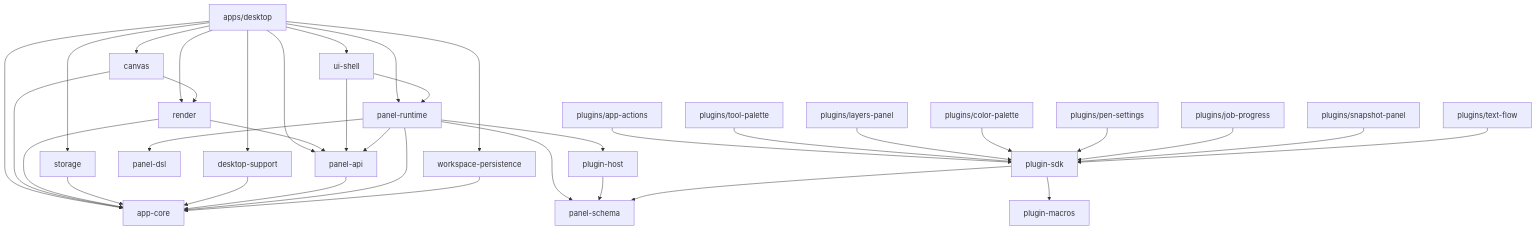
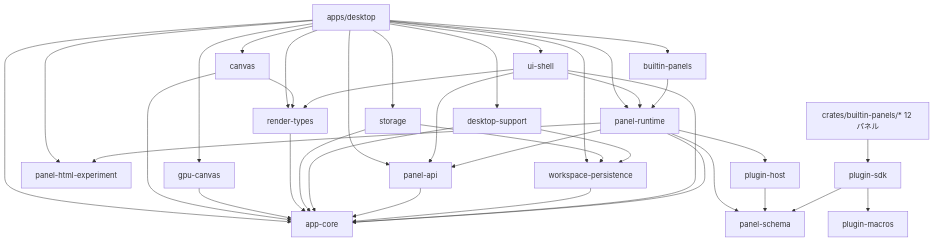
Before and after one commit to gitdmnt/altpaint: the first of 2 diagrams in docs/MODULE_DEPENDENCIES.md, drawn with Mermaid. The commit also changed other lines of this file and 20 other files, not shown here.

````diff
--- a/docs/MODULE_DEPENDENCIES.md
+++ b/docs/MODULE_DEPENDENCIES.md
@@ -74,44 +77,45 @@
 ```mermaid
 graph TD
     desktop[apps/desktop] --> appcore[app-core]
-  desktop --> canvas[canvas]
-    desktop --> render[render]
+    desktop --> canvas[canvas]
+    desktop --> gpucanvas[gpu-canvas]
+    desktop --> rendertypes[render-types]
     desktop --> panelruntime[panel-runtime]
+    desktop --> phtml[panel-html-experiment]
     desktop --> uishell[ui-shell]
     desktop --> panelapi[panel-api]
+    desktop --> builtinpanels[builtin-panels]
     desktop --> storage[storage]
     desktop --> dsupport[desktop-support]
     desktop --> wpersist[workspace-persistence]
 
-  canvas --> appcore
-  canvas --> render
-    render --> appcore
-    render --> panelapi
+    canvas --> appcore
+    canvas --> rendertypes
+    gpucanvas --> appcore
+    rendertypes --> appcore
     storage --> appcore
+    storage --> wpersist
     dsupport --> appcore
+    dsupport --> wpersist
     panelapi --> appcore
+    wpersist --> appcore
 
+    uishell --> appcore
     uishell --> panelapi
     uishell --> panelruntime
+    uishell --> rendertypes
 
     panelruntime --> appcore
     panelruntime --> panelapi
-    panelruntime --> pds[panel-dsl]
     panelruntime --> pschema[panel-schema]
     panelruntime --> phost[plugin-host]
+    panelruntime --> phtml
 
-    wpersist[workspace-persistence] --> appcore
+    builtinpanels --> panelruntime
 
     phost --> pschema
     pluginsdk[plugin-sdk] --> pmacros[plugin-macros]
     pluginsdk --> pschema
 
-    appactions[plugins/app-actions] --> pluginsdk
-    toolpalette[plugins/tool-palette] --> pluginsdk
-    layerspanel[plugins/layers-panel] --> pluginsdk
-    colorpalette[plugins/color-palette] --> pluginsdk
-    pensettings[plugins/pen-settings] --> pluginsdk
-    jobprogress[plugins/job-progress] --> pluginsdk
-    snapshotpanel[plugins/snapshot-panel] --> pluginsdk
-    textflow[plugins/text-flow] --> pluginsdk
+    panels[crates/builtin-panels/* 12 パネル] --> pluginsdk
 ```
````
